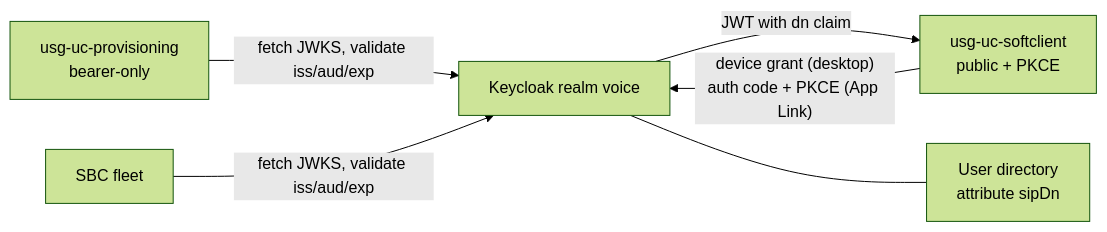
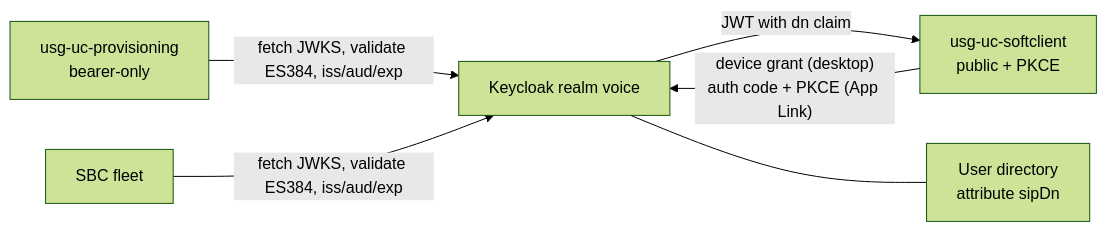
The third of 4 diagrams in docs/CLIENT-PROVISIONING-OIDC.md (192d-Wing/usg-uc), drawn with Mermaid (forest theme) before and after one commit. The commit also changed other lines of this file and 24 other files, not shown here.

First line of the commit message:
fix(proto-jwt)!: accept ES384 only; require exp, iss and aud (SR-30, SR-34)

````diff
--- a/docs/CLIENT-PROVISIONING-OIDC.md
+++ b/docs/CLIENT-PROVISIONING-OIDC.md
@@ -464,14 +497,14 @@
 ```mermaid
 flowchart LR
     KC["Keycloak realm voice"]
     SC["usg-uc-softclient<br/>public + PKCE"]
     PR["usg-uc-provisioning<br/>bearer-only"]
     SBC["SBC fleet"]
     DIR["User directory<br/>attribute sipDn"]
 
     SC -->|"device grant (desktop)<br/>auth code + PKCE (App Link)"| KC
     KC -->|"JWT with dn claim"| SC
-    PR -->|"fetch JWKS, validate iss/aud/exp"| KC
-    SBC -->|"fetch JWKS, validate iss/aud/exp"| KC
+    PR -->|"fetch JWKS, validate ES384, iss/aud/exp"| KC
+    SBC -->|"fetch JWKS, validate ES384, iss/aud/exp"| KC
     KC --- DIR
 ```
````
